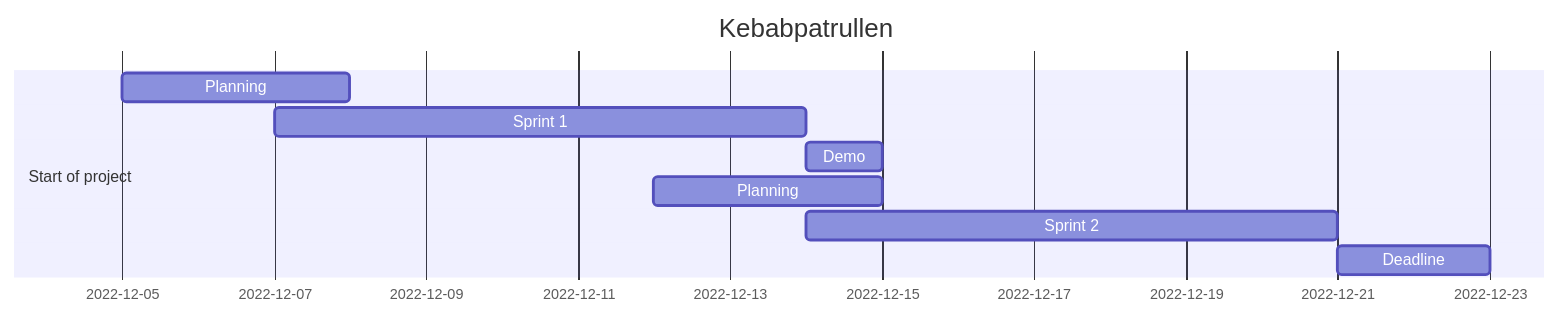
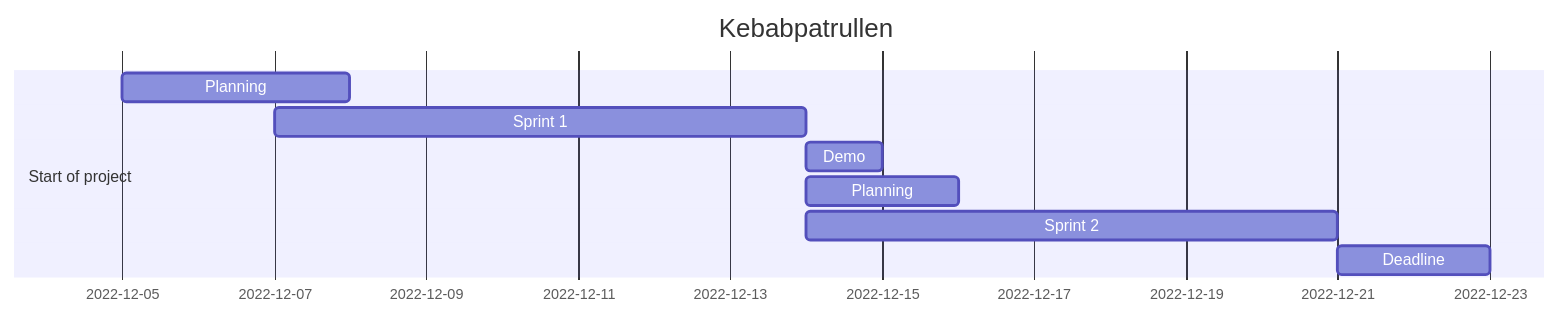
The diagram in README.md (JarlJakobsson/DevOps22-Kebabpatrullen), drawn with Mermaid before and after one commit. The commit also changed other lines of this file and 4 other files, not shown here.

````diff
--- a/README.md
+++ b/README.md
@@ -161,13 +136,13 @@
 ```mermaid
 gantt
 dateFormat  YYYY-MM-DD
 title Kebabpatrullen
 
 section Start of project
 Planning                 :         des1, 2022-12-05, 3d
 Sprint 1                 :         des2, 2022-12-07, 7d
 Demo                     :         des3, 2022-12-14, 1d
-Planning                 :         des4, 2022-12-12, 3d
+Planning                 :         des4, 2022-12-14, 2d
 Sprint 2                 :         des3, after des2, 7d
 Deadline                 :         des4, after des3, 2d
 ```
````
